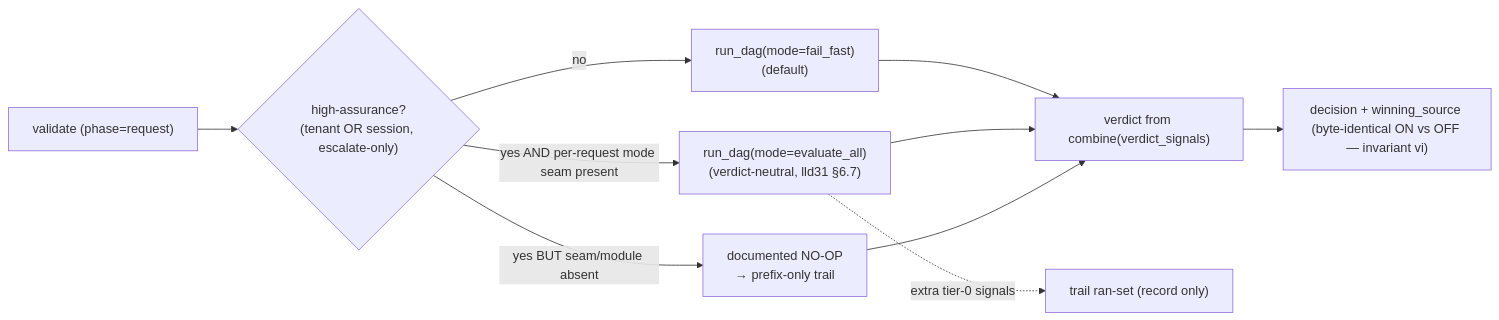
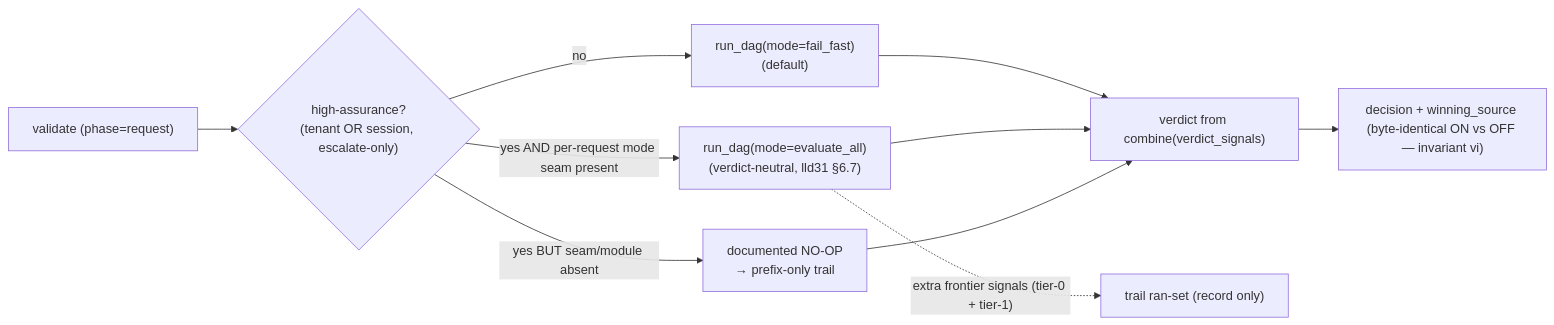
The third of 4 diagrams in lld/33-decision-trail.md (shashank31mar/Sentra), drawn with Mermaid before and after one commit. The commit also changed other lines of this file and 1 other file, not shown here.

````diff
--- a/lld/33-decision-trail.md
+++ b/lld/33-decision-trail.md
@@ -459,12 +460,12 @@
 ```mermaid
 flowchart LR
   REQ["validate (phase=request)"] --> HA{"high-assurance?<br/>(tenant OR session, escalate-only)"}
   HA -->|no| FF["run_dag(mode=fail_fast)<br/>(default)"]
   HA -->|yes AND per-request mode seam present| EA["run_dag(mode=evaluate_all)<br/>(verdict-neutral, lld31 §6.7)"]
   HA -->|yes BUT seam/module absent| NOOP["documented NO-OP<br/>→ prefix-only trail"]
   FF --> V["verdict from combine(verdict_signals)"]
   EA --> V
   NOOP --> V
-  EA -.->|"extra tier-0 signals"| TRAIL["trail ran-set (record only)"]
+  EA -.->|"extra frontier signals (tier-0 + tier-1)"| TRAIL["trail ran-set (record only)"]
   V --> OUT["decision + winning_source (byte-identical ON vs OFF — invariant vi)"]
 ```
````
